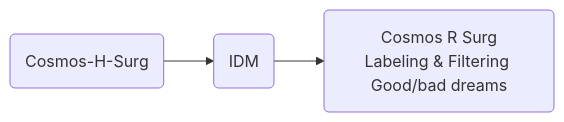
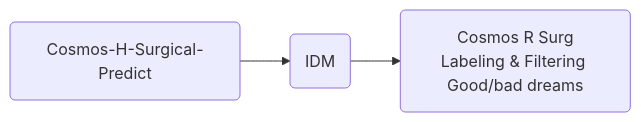
One commit to isaac-for-healthcare/i4h-tutorials changed the diagram in synthetic-data-generation/surgical_robotic_video_generator/README.md. Above: the diagram before and after it, drawn with Mermaid. The commit also changed other lines of this file and 1 other file, not shown here.

````diff
--- a/synthetic-data-generation/surgical_robotic_video_generator/README.md
+++ b/synthetic-data-generation/surgical_robotic_video_generator/README.md
@@ -9,5 +9,5 @@
 ```mermaid
 flowchart LR
-    A("Cosmos-H-Surg") --> B("IDM")
+    A("Cosmos-H-Surgical-Predict") --> B("IDM")
     B --> C("Cosmos R Surg<br/>Labeling & Filtering Good/bad dreams")
 ```
````
